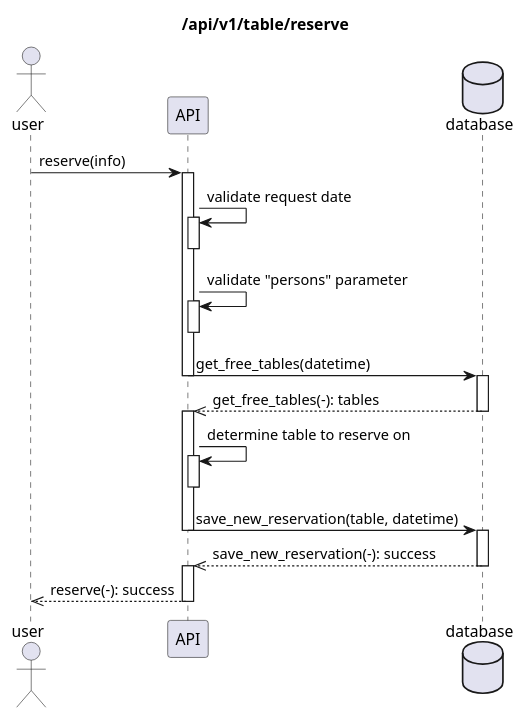
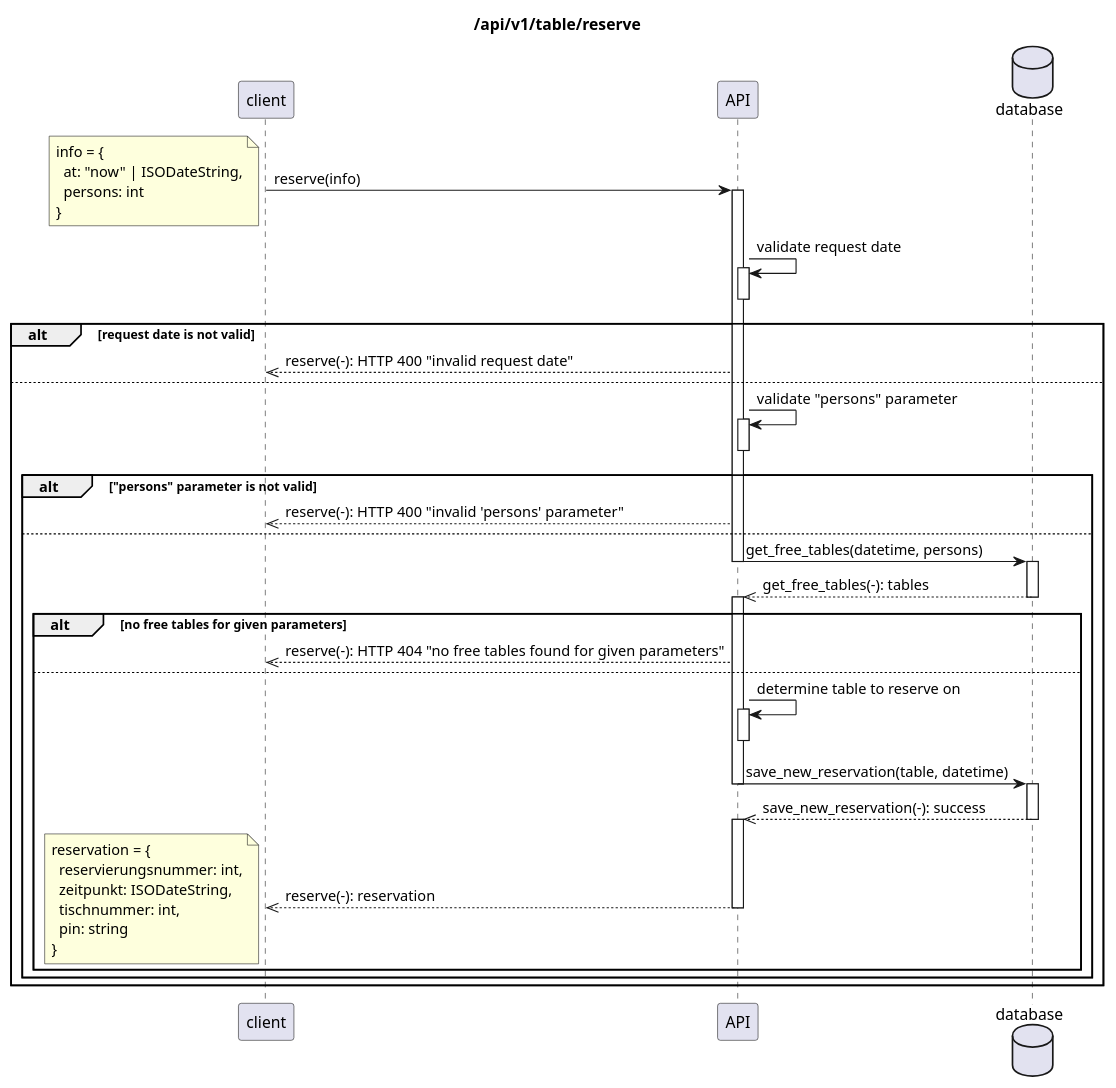
One commit to FIA-GSO/tischreservierung-teamminecraft2 changed the diagram in docs/sequence_diagrams.md. Above: the diagram before and after it, drawn with PlantUML. The commit also changed 1 other file, not shown here.

Commit message:
Update sequence diagram for /api/v1/table/reserve

````diff
--- a/docs/sequence_diagrams.md
+++ b/docs/sequence_diagrams.md
@@ -5,34 +5,60 @@
 ```plantuml
 @startuml
 title /api/v1/table/reserve
-
-actor user as u
+ 
+participant client as c
 participant API as a
 database database as d
-
-u->a: reserve(info)
+ 
+c->a: reserve(info)
+note left
+info = {
+  at: "now" | ISODateString,
+  persons: int
+}
+end note
 activate a
 a->a: validate request date
 activate a
 deactivate a
+alt request date is not valid
+a-->>c: reserve(-): HTTP 400 "invalid request date"
+else
 a->a: validate "persons" parameter
 activate a
 deactivate a
-a->d: get_free_tables(datetime)
+alt "persons" parameter is not valid
+a-->>c: reserve(-): HTTP 400 "invalid 'persons' parameter" 
+else
+a->d: get_free_tables(datetime, persons)
 deactivate a
 activate d
 d-->>a: get_free_tables(-): tables
 deactivate d
 activate a
+alt no free tables for given parameters
+a-->>c: reserve(-): HTTP 404 "no free tables found for given parameters"
+else
 a->a: determine table to reserve on
 activate a
 deactivate a
 a->d: save_new_reservation(table, datetime)
 deactivate a
 activate d
 d-->>a: save_new_reservation(-): success
 deactivate d
 activate a
-a-->>u: reserve(-): success
+a-->>c: reserve(-): reservation
+note left
+reservation = {
+  reservierungsnummer: int,
+  zeitpunkt: ISODateString,
+  tischnummer: int,
+  pin: string
+}
+end note
 deactivate a
+end
+end
+end
 ```
````
